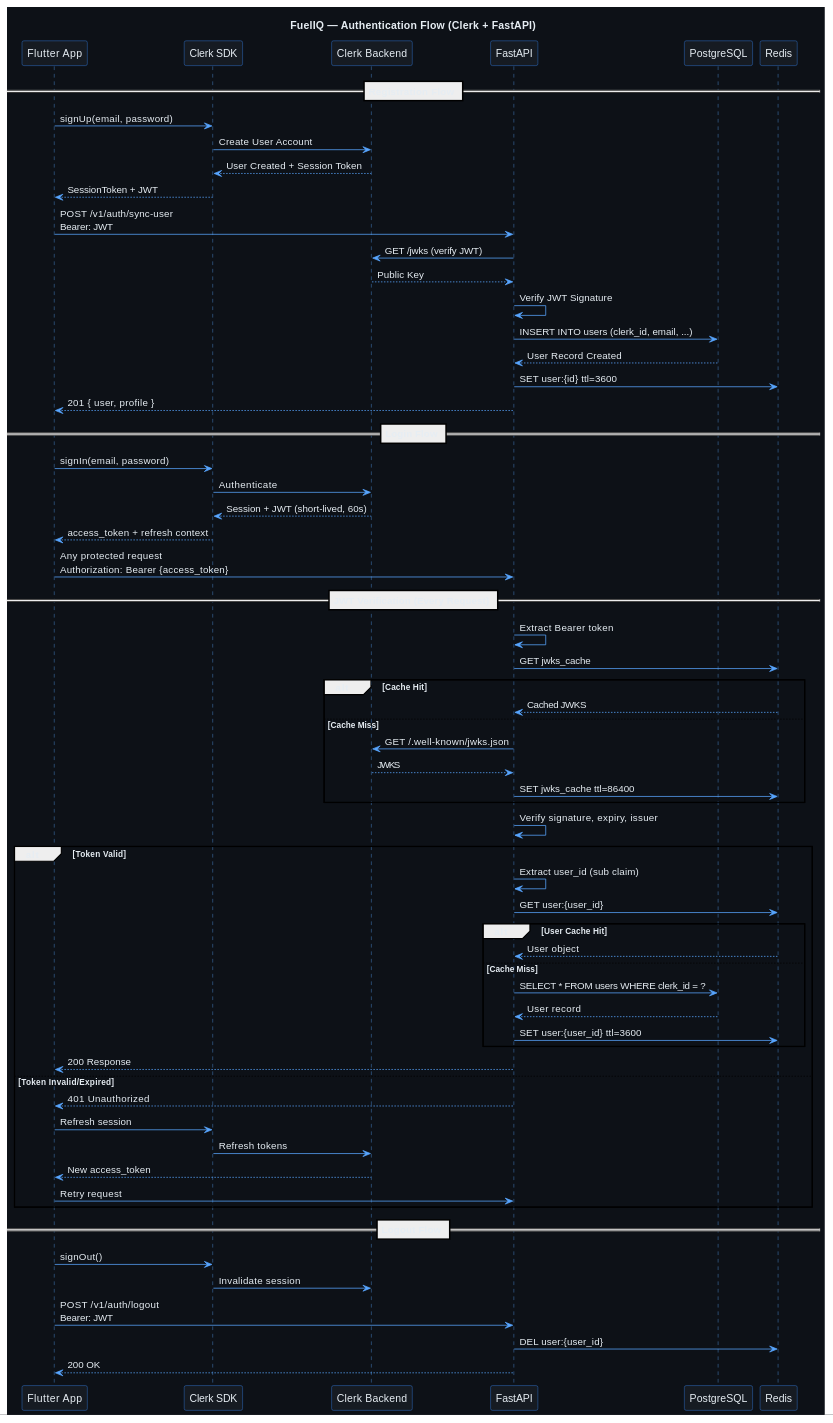
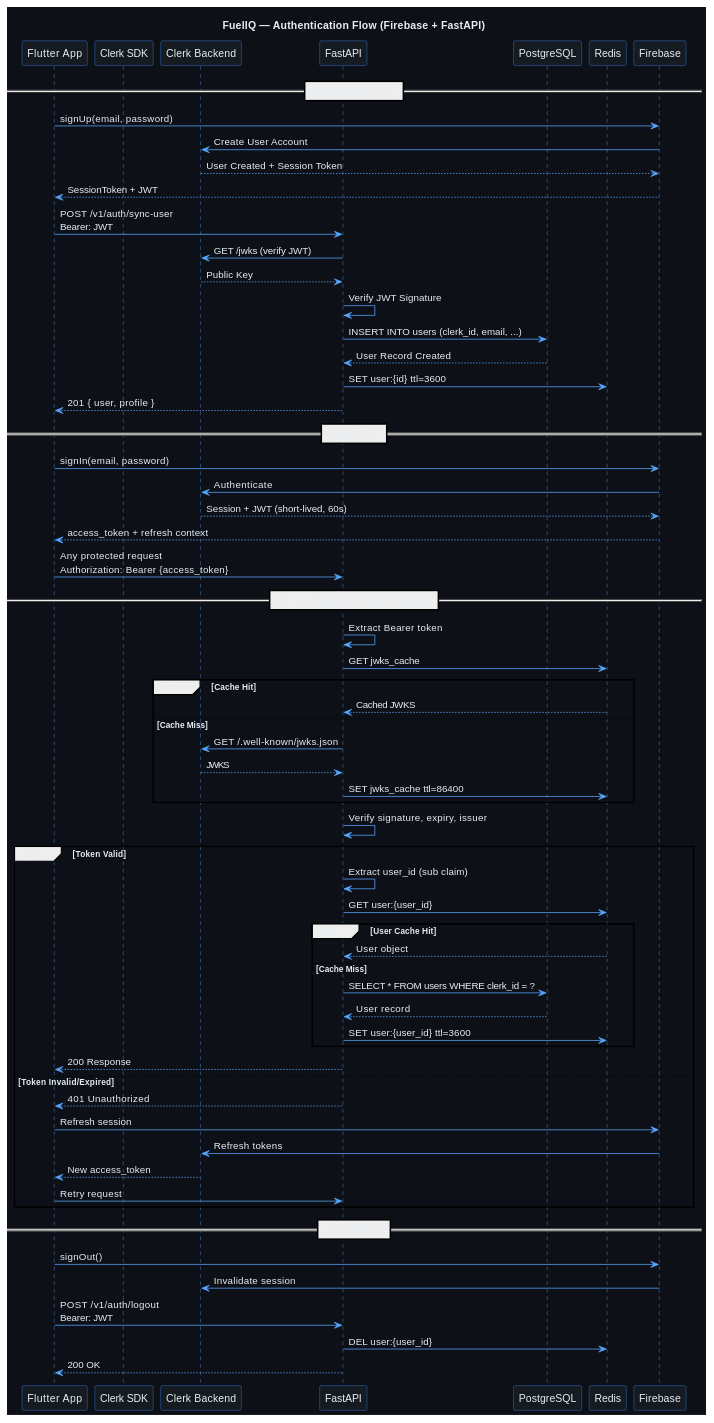
One commit to AxArjun/dummy changed the fourth of 7 diagrams in docs/phase-02-architecture.md. Above: the diagram before and after it, drawn with PlantUML. The commit also changed other lines of this file and 66 other files, not shown here.

````diff
--- a/docs/phase-02-architecture.md
+++ b/docs/phase-02-architecture.md
@@ -285,80 +285,80 @@
 ```plantuml
 @startuml FuelIQ_Auth_Flow
 skinparam backgroundColor #0D1117
 skinparam defaultFontColor #E6EDF3
 skinparam ArrowColor #58A6FF
 skinparam sequenceLifeLineBorderColor #58A6FF
 skinparam sequenceBoxBorderColor #30363D
 skinparam sequenceBoxBackgroundColor #1C2128
 skinparam participantBorderColor #388BFD
 skinparam participantBackgroundColor #161B22
 
-title FuelIQ — Authentication Flow (Clerk + FastAPI)
+title FuelIQ — Authentication Flow (Firebase + FastAPI)
 
 participant "Flutter App" as App
 participant "Clerk SDK" as Clerk
 participant "Clerk Backend" as ClerkBE
 participant "FastAPI" as API
 participant "PostgreSQL" as DB
 participant "Redis" as Cache
 
 == Registration Flow ==
-App -> Clerk: signUp(email, password)
-Clerk -> ClerkBE: Create User Account
-ClerkBE --> Clerk: User Created + Session Token
-Clerk --> App: SessionToken + JWT
+App -> Firebase: signUp(email, password)
+Firebase -> ClerkBE: Create User Account
+ClerkBE --> Firebase: User Created + Session Token
+Firebase --> App: SessionToken + JWT
 App -> API: POST /v1/auth/sync-user\nBearer: JWT
 API -> ClerkBE: GET /jwks (verify JWT)
 ClerkBE --> API: Public Key
 API -> API: Verify JWT Signature
 API -> DB: INSERT INTO users (clerk_id, email, ...)
 DB --> API: User Record Created
 API -> Cache: SET user:{id} ttl=3600
 API --> App: 201 { user, profile }
 
 == Login Flow ==
-App -> Clerk: signIn(email, password)
-Clerk -> ClerkBE: Authenticate
-ClerkBE --> Clerk: Session + JWT (short-lived, 60s)
-Clerk --> App: access_token + refresh context
+App -> Firebase: signIn(email, password)
+Firebase -> ClerkBE: Authenticate
+ClerkBE --> Firebase: Session + JWT (short-lived, 60s)
+Firebase --> App: access_token + refresh context
 App -> API: Any protected request\nAuthorization: Bearer {access_token}
 
 == JWT Verification (Every Request) ==
 API -> API: Extract Bearer token
 API -> Cache: GET jwks_cache
 alt Cache Hit
   Cache --> API: Cached JWKS
 else Cache Miss
   API -> ClerkBE: GET /.well-known/jwks.json
   ClerkBE --> API: JWKS
   API -> Cache: SET jwks_cache ttl=86400
 end
 API -> API: Verify signature, expiry, issuer
 alt Token Valid
   API -> API: Extract user_id (sub claim)
   API -> Cache: GET user:{user_id}
   alt User Cache Hit
     Cache --> API: User object
   else Cache Miss
     API -> DB: SELECT * FROM users WHERE clerk_id = ?
     DB --> API: User record
     API -> Cache: SET user:{user_id} ttl=3600
   end
   API --> App: 200 Response
 else Token Invalid/Expired
   API --> App: 401 Unauthorized
-  App -> Clerk: Refresh session
-  Clerk -> ClerkBE: Refresh tokens
+  App -> Firebase: Refresh session
+  Firebase -> ClerkBE: Refresh tokens
   ClerkBE --> App: New access_token
   App -> API: Retry request
 end
 
 == Logout Flow ==
-App -> Clerk: signOut()
-Clerk -> ClerkBE: Invalidate session
+App -> Firebase: signOut()
+Firebase -> ClerkBE: Invalidate session
 App -> API: POST /v1/auth/logout\nBearer: JWT
 API -> Cache: DEL user:{user_id}
 API --> App: 200 OK
 
 @enduml
 ```
````
